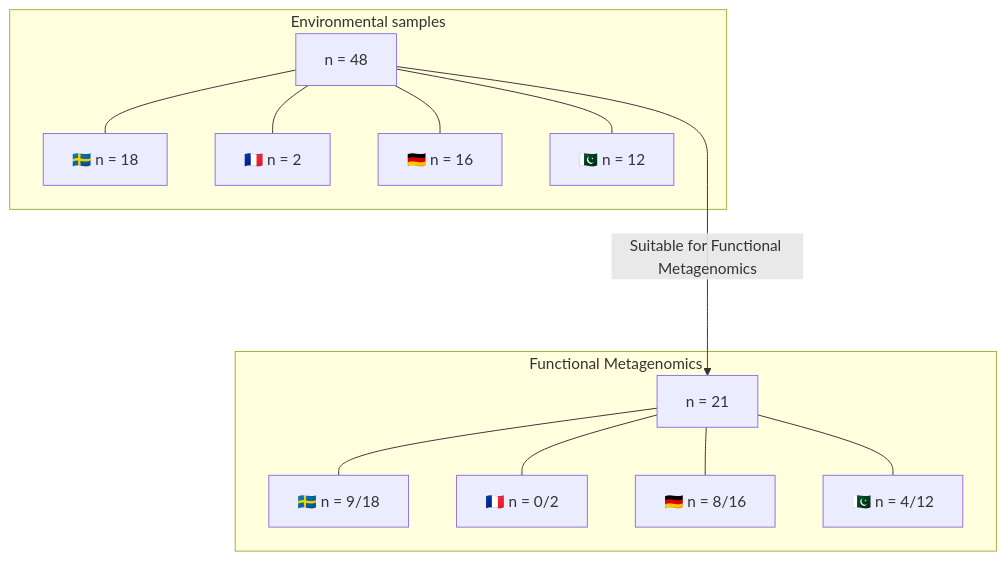
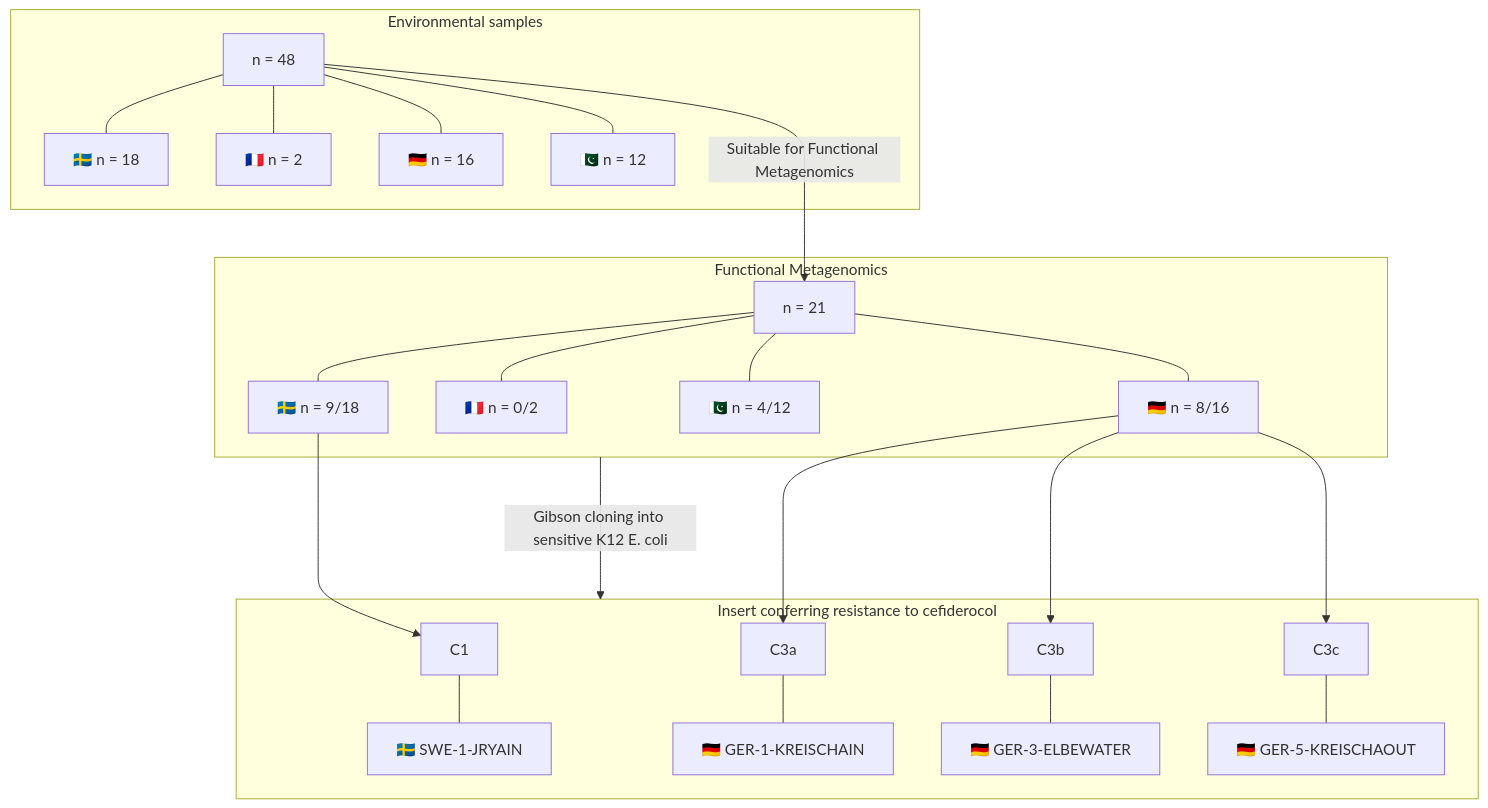
The diagram in README.md (RemiGSC/Mgf_FDC), drawn with Mermaid before and after one commit. The commit also changed other lines of this file, not shown here.

Commit message:
Edited README.md 'Experimental study design' graph

````diff
--- a/README.md
+++ b/README.md
@@ -7,18 +7,32 @@
 ```mermaid
 flowchart TD
 	subgraph ev [Environmental samples]
 		A[n = 48] --- A1[🇸🇪 n = 18]
 		A --- A2[🇫🇷 n = 2]
 		A --- A3[🇩🇪 n = 16]
 		A --- A4[🇵🇰 n = 12]
 	end
 
 	subgraph fmg [Functional Metagenomics]
 		B[n = 21] --- B1[🇸🇪 n = 9/18]
 		B --- B2[🇫🇷 n = 0/2]
 		B --- B3[🇩🇪 n = 8/16]
 		B --- B4[🇵🇰 n = 4/12]
 	end
 
-A ---->|Suitable for Functional Metagenomics| B 
+	subgraph Rcef [Insert conferring resistance to cefiderocol]
+		C1 --- CC1[🇸🇪 SWE-1-JRYAIN]
+		C3a --- CC3a[🇩🇪 GER-1-KREISCHAIN]
+		C3b --- CC3b[🇩🇪 GER-3-ELBEWATER]
+		C3c --- CC3c[🇩🇪 GER-5-KREISCHAOUT]
+	end
+
+A --->|Suitable for Functional Metagenomics| B
+
+fmg -->|Gibson cloning into sensitive K12 E. coli| Rcef
+
+B1 ---> C1
+B3 ---> C3a
+B3 ---> C3b
+B3 ---> C3c
 ```
````
